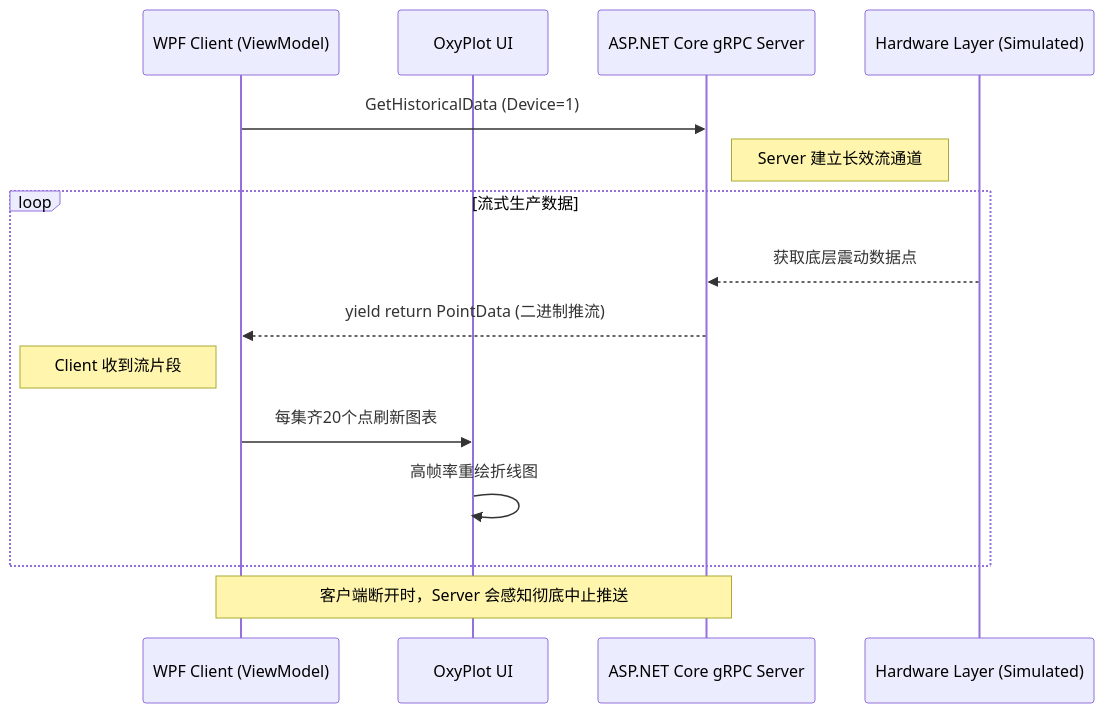
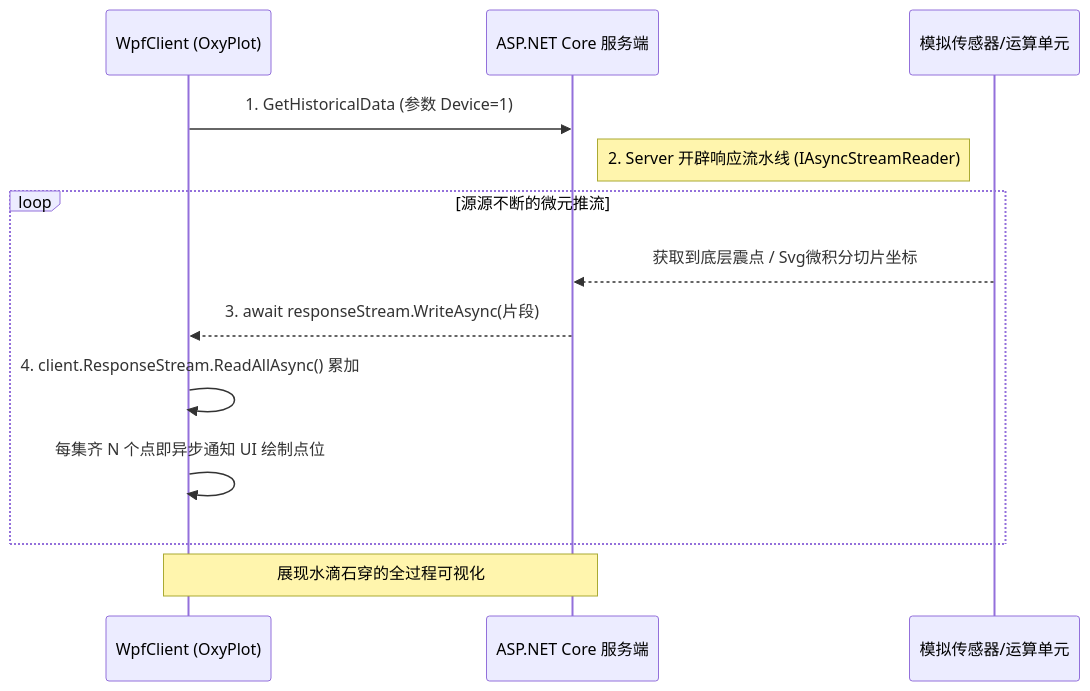
One commit to MLing592/ML.FBS changed the third of 6 diagrams in README.md. Above: the diagram before and after it, drawn with Mermaid. The commit also changed other lines of this file, not shown here.

````diff
--- a/README.md
+++ b/README.md
@@ -64,20 +124,17 @@
 ```mermaid
 sequenceDiagram
-    participant WPF as WPF Client (ViewModel)
-    participant Plot as OxyPlot UI
-    participant Server as ASP.NET Core gRPC Server
-    participant HL as Hardware Layer (Simulated)
+    participant WPF as WpfClient (OxyPlot)
+    participant Server as ASP.NET Core 服务端
+    participant Hardware as 模拟传感器/运算单元
 
-    WPF->>Server: GetHistoricalData (Device=1)
-    note right of Server: Server 建立长效流通道
+    WPF->>Server: 1. GetHistoricalData (参数 Device=1)
+    note right of Server: 2. Server 开辟响应流水线 (IAsyncStreamReader)
     
-    loop 流式生产数据
-        HL-->>Server: 获取底层震动数据点
-        Server-->>WPF: yield return PointData (二进制推流)
-        note left of WPF: Client 收到流片段
-        WPF->>Plot: 每集齐20个点刷新图表
-        Plot->>Plot: 高帧率重绘折线图
+    loop 源源不断的微元推流
+        Hardware-->>Server: 获取到底层震点 / Svg微积分切片坐标
+        Server-->>WPF: 3. await responseStream.WriteAsync(片段)
+        WPF->>WPF: 4. client.ResponseStream.ReadAllAsync() 累加
+        WPF->>WPF: 每集齐 N 个点即异步通知 UI 绘制点位
     end
-
-    note over WPF,Server: 客户端断开时，Server 会感知彻底中止推送
+    note over WPF,Server: 展现水滴石穿的全过程可视化
 ```
````
